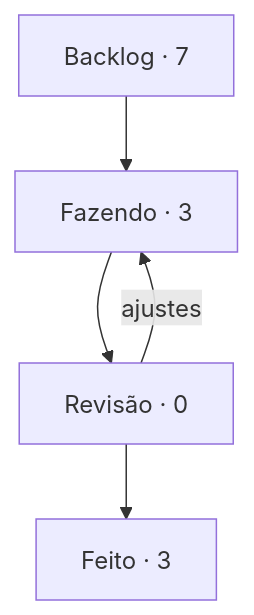
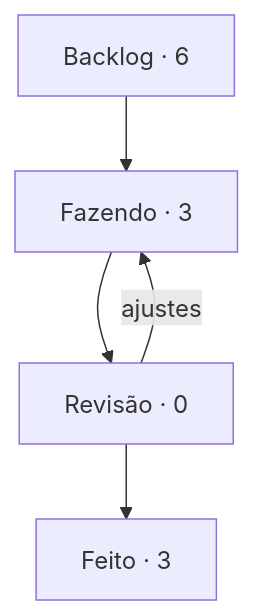
Before and after one commit to StudioVibi/VibiKanban: the diagram in boards/harness/BOARD.md, drawn with Mermaid. The commit also changed other lines of this file and 2 other files, not shown here.

````diff
--- a/boards/harness/BOARD.md
+++ b/boards/harness/BOARD.md
@@ -5,10 +5,10 @@
 ```mermaid
 flowchart TD
-  backlog["Backlog · 7"] --> doing["Fazendo · 3"]
+  backlog["Backlog · 6"] --> doing["Fazendo · 3"]
   doing --> review["Revisão · 0"]
   review --> done["Feito · 3"]
   review -->|ajustes| doing
   doing:::blue
   review:::yellow
   done:::green
 ```
````
